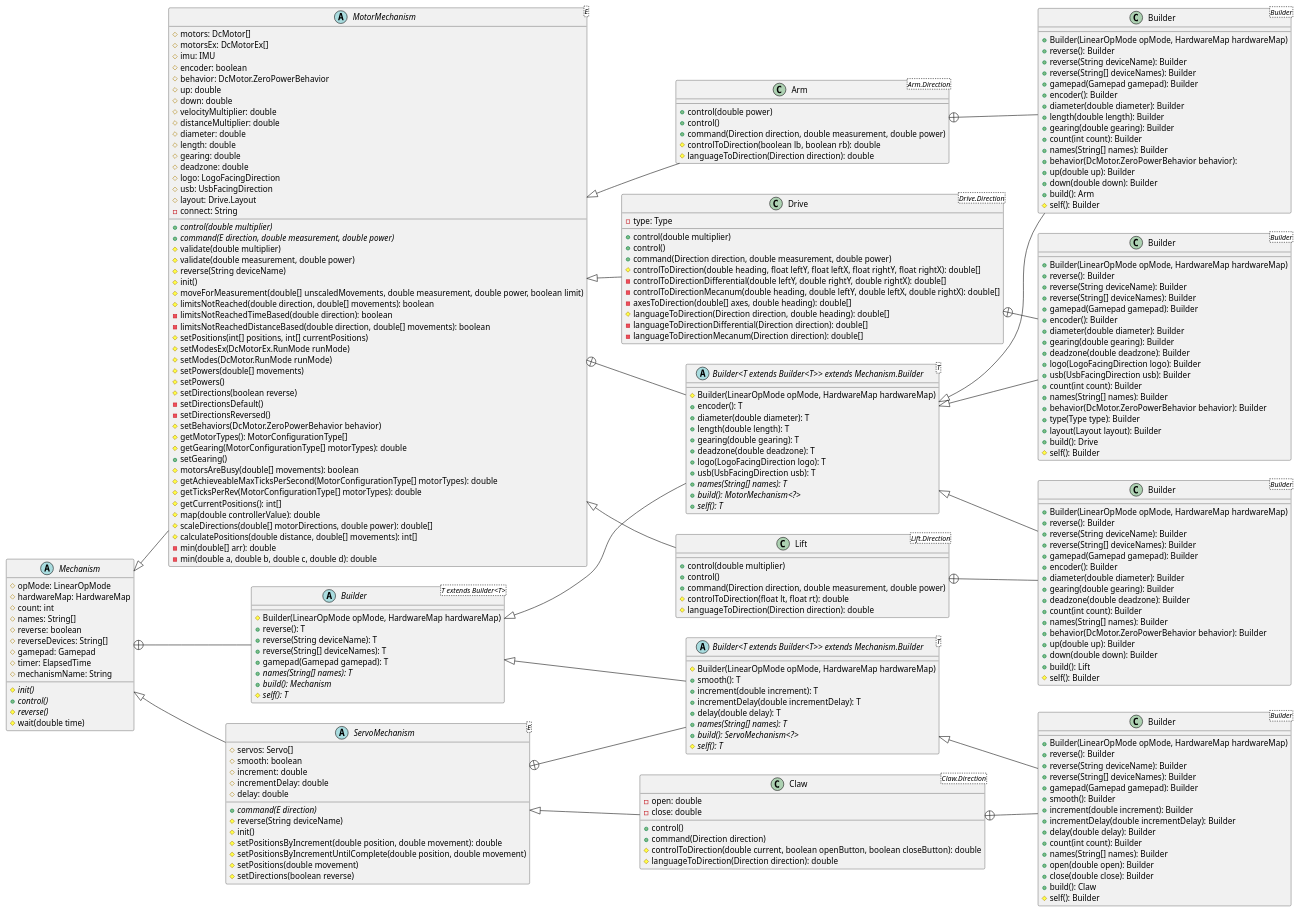
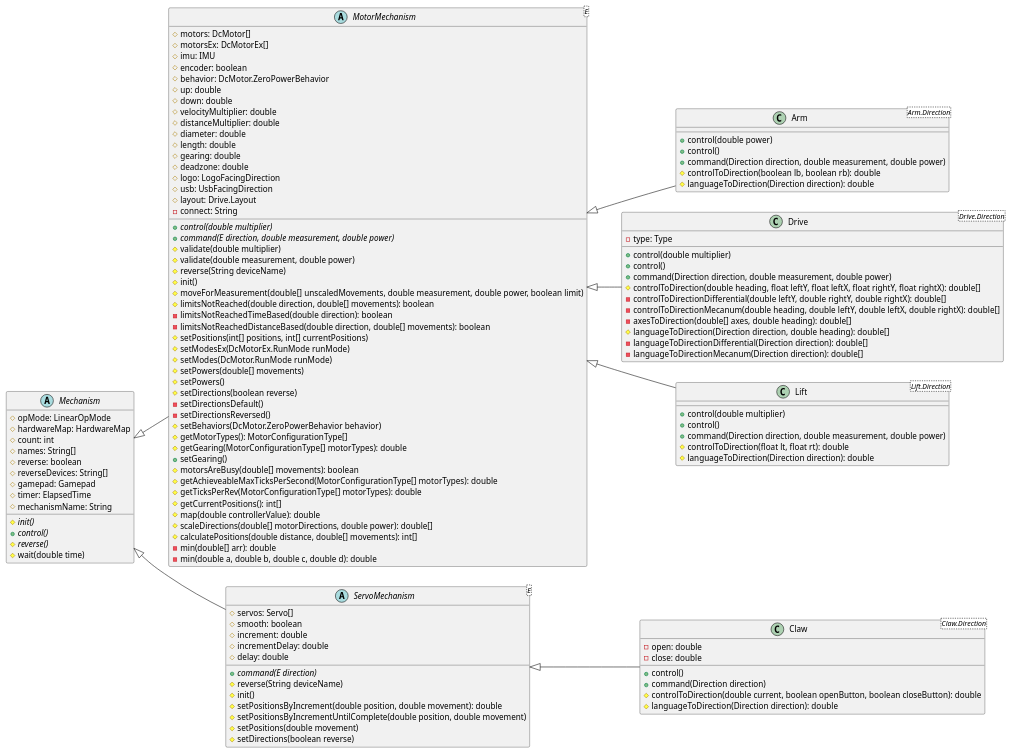
The diagram in docs/uml/src/mechanism.puml (Collegiate-Edu-Nation/easy-ftc), drawn with PlantUML before and after one commit. The commit also changed 2 other files, not shown here.

Commit message:
uml: added classes, split nested mech

```diff
--- a/docs/uml/src/mechanism.puml
+++ b/docs/uml/src/mechanism.puml
@@ -16,17 +16,6 @@
     {abstract}+ control()
     {abstract}# reverse()
     # wait(double time)
-}
-
-abstract class "Builder<T extends Builder<T>>" as Mechanism_Builder {
-    # Builder(LinearOpMode opMode, HardwareMap hardwareMap)
-    + reverse(): T
-    + reverse(String deviceName): T
-    + reverse(String[] deviceNames): T
-    + gamepad(Gamepad gamepad): T
-    {abstract}+ names(String[] names): T
-    {abstract}+ build(): Mechanism
-    {abstract}# self(): T
 }
 
 abstract class MotorMechanism<E> {
@@ -95,31 +84,6 @@
     # setDirections(boolean reverse)
 }
 
-abstract class "Builder<T extends Builder<T>> extends Mechanism.Builder<T>" as MotorMechanism_Builder {
-    # Builder(LinearOpMode opMode, HardwareMap hardwareMap)
-    + encoder(): T
-    + diameter(double diameter): T
-    + length(double length): T
-    + gearing(double gearing): T
-    + deadzone(double deadzone): T
-    + logo(LogoFacingDirection logo): T
-    + usb(UsbFacingDirection usb): T
-    {abstract}+ names(String[] names): T
-    {abstract}+ build(): MotorMechanism<?>
-    {abstract}+ self(): T
-}
-
-abstract class "Builder<T extends Builder<T>> extends Mechanism.Builder<T>" as ServoMechanism_Builder {
-    # Builder(LinearOpMode opMode, HardwareMap hardwareMap)
-    + smooth(): T
-    + increment(double increment): T
-    + incrementDelay(double incrementDelay): T
-    + delay(double delay): T
-    {abstract}+ names(String[] names): T
-    {abstract}+ build(): ServoMechanism<?>
-    {abstract}# self(): T
-}
-
 class Arm<Arm.Direction> {
     + control(double power)
     + control()
@@ -159,83 +123,6 @@
     # languageToDirection(Direction direction): double
 }
 
-class "Builder<Builder>" as Arm_Builder {
-    + Builder(LinearOpMode opMode, HardwareMap hardwareMap)
-    + reverse(): Builder
-    + reverse(String deviceName): Builder
-    + reverse(String[] deviceNames): Builder
-    + gamepad(Gamepad gamepad): Builder
-    + encoder(): Builder
-    + diameter(double diameter): Builder
-    + length(double length): Builder
-    + gearing(double gearing): Builder
-    + count(int count): Builder
-    + names(String[] names): Builder
-    + behavior(DcMotor.ZeroPowerBehavior behavior): 
-    + up(double up): Builder
-    + down(double down): Builder
-    + build(): Arm
-    # self(): Builder
-}
-
-class "Builder<Builder>" as Claw_Builder {
-    + Builder(LinearOpMode opMode, HardwareMap hardwareMap)
-    + reverse(): Builder
-    + reverse(String deviceName): Builder
-    + reverse(String[] deviceNames): Builder
-    + gamepad(Gamepad gamepad): Builder
-    + smooth(): Builder
-    + increment(double increment): Builder
-    + incrementDelay(double incrementDelay): Builder
-    + delay(double delay): Builder
-    + count(int count): Builder
-    + names(String[] names): Builder
-    + open(double open): Builder
-    + close(double close): Builder
-    + build(): Claw
-    # self(): Builder
-}
-
-class "Builder<Builder>" as Drive_Builder {
-    + Builder(LinearOpMode opMode, HardwareMap hardwareMap)
-    + reverse(): Builder
-    + reverse(String deviceName): Builder
-    + reverse(String[] deviceNames): Builder
-    + gamepad(Gamepad gamepad): Builder
-    + encoder(): Builder
-    + diameter(double diameter): Builder
-    + gearing(double gearing): Builder
-    + deadzone(double deadzone): Builder
-    + logo(LogoFacingDirection logo): Builder
-    + usb(UsbFacingDirection usb): Builder
-    + count(int count): Builder
-    + names(String[] names): Builder
-    + behavior(DcMotor.ZeroPowerBehavior behavior): Builder
-    + type(Type type): Builder
-    + layout(Layout layout): Builder
-    + build(): Drive
-    # self(): Builder
-}
-
-class "Builder<Builder>" as Lift_Builder {
-    + Builder(LinearOpMode opMode, HardwareMap hardwareMap)
-    + reverse(): Builder
-    + reverse(String deviceName): Builder
-    + reverse(String[] deviceNames): Builder
-    + gamepad(Gamepad gamepad): Builder
-    + encoder(): Builder
-    + diameter(double diameter): Builder
-    + gearing(double gearing): Builder
-    + deadzone(double deadzone): Builder
-    + count(int count): Builder
-    + names(String[] names): Builder
-    + behavior(DcMotor.ZeroPowerBehavior behavior): Builder
-    + up(double up): Builder
-    + down(double down): Builder
-    + build(): Lift
-    # self(): Builder
-}
-
 Mechanism <|-- MotorMechanism
 Mechanism <|-- ServoMechanism
 
@@ -244,21 +131,4 @@
 MotorMechanism <|-- Drive
 MotorMechanism <|-- Lift
 
-Mechanism_Builder <|-- MotorMechanism_Builder
-Mechanism_Builder <|-- ServoMechanism_Builder
-
-MotorMechanism_Builder <|-- Arm_Builder
-ServoMechanism_Builder <|-- Claw_Builder
-MotorMechanism_Builder <|-- Drive_Builder
-MotorMechanism_Builder <|-- Lift_Builder
-
-Mechanism +-- Mechanism_Builder
-MotorMechanism +-- MotorMechanism_Builder
-ServoMechanism +-- ServoMechanism_Builder
-
-Arm +-- Arm_Builder
-Claw +-- Claw_Builder
-Drive +-- Drive_Builder
-Lift +-- Lift_Builder
-
 @enduml
```
